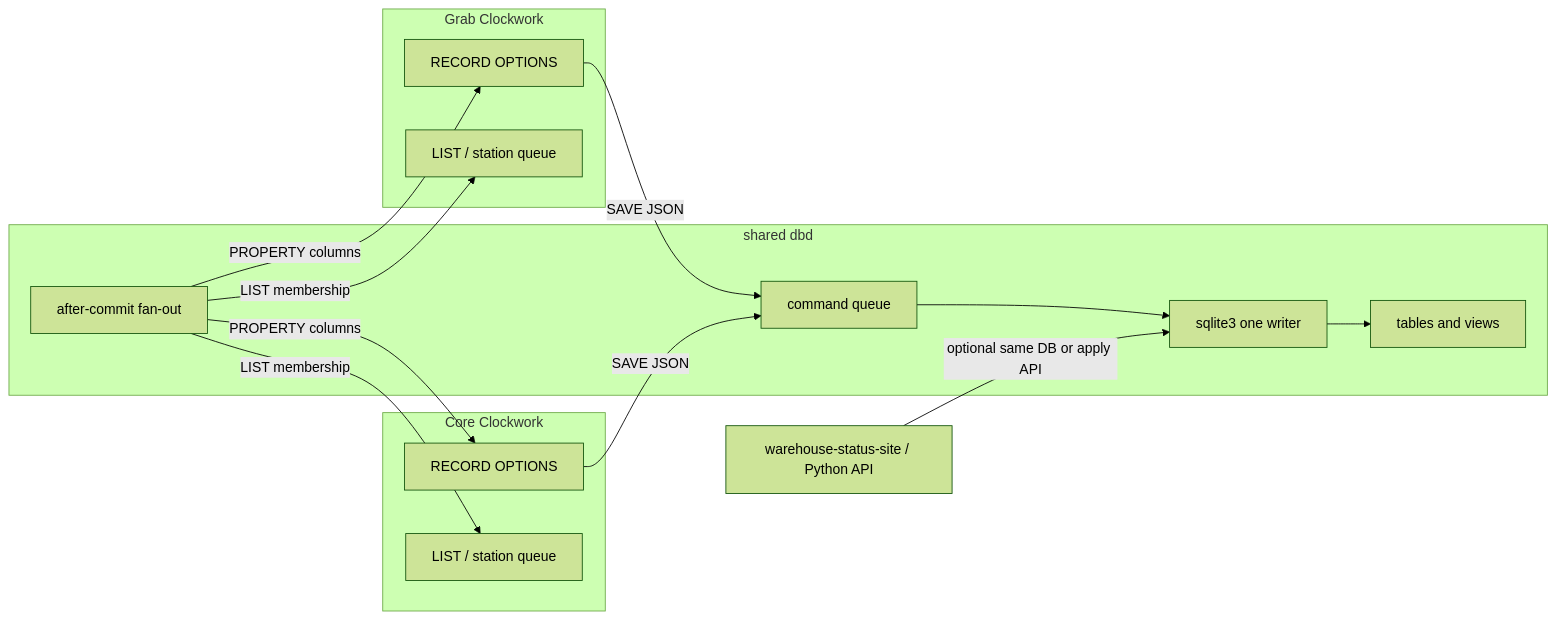
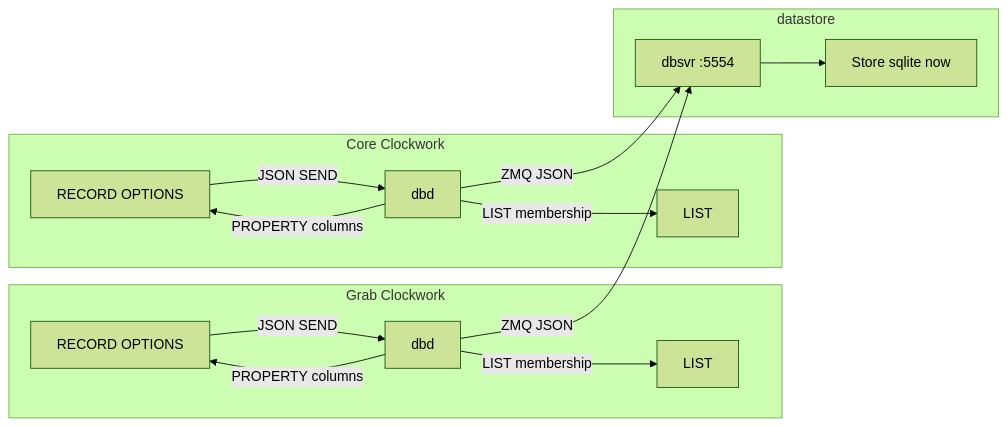
One commit to latproc/clockwork changed the diagram in docs/RECORD_DB.md. Above: the diagram before and after it, drawn with Mermaid (forest theme). The commit also changed other lines of this file, not shown here.

First line of the commit message:
Revise RECORD design: keep datastore, parser-only RECORD.

````diff
--- a/docs/RECORD_DB.md
+++ b/docs/RECORD_DB.md
@@ -109,26 +148,26 @@
 ```mermaid
 flowchart LR
   subgraph grab [Grab Clockwork]
     RecG[RECORD OPTIONS]
-    LstG[LIST / station queue]
+    LstG[LIST]
+    DbdG[dbd]
   end
   subgraph core [Core Clockwork]
     RecC[RECORD OPTIONS]
-    LstC[LIST / station queue]
+    LstC[LIST]
+    DbdC[dbd]
   end
-  subgraph dbd [shared dbd]
-    Q[command queue]
-    SQL[sqlite3 one writer]
-    Views[tables and views]
-    Hook[after-commit fan-out]
+  subgraph ds [datastore]
+    Dbsvr[dbsvr :5554]
+    Store[Store sqlite now]
   end
-  RecG -->|SAVE JSON| Q
-  RecC -->|SAVE JSON| Q
-  Q --> SQL
-  SQL --> Views
-  Hook -->|PROPERTY columns| RecG
-  Hook -->|PROPERTY columns| RecC
-  Hook -->|LIST membership| LstG
-  Hook -->|LIST membership| LstC
-  Site[warehouse-status-site / Python API] -->|optional same DB or apply API| SQL
+  RecG -->|JSON SEND| DbdG
+  RecC -->|JSON SEND| DbdC
+  DbdG -->|ZMQ JSON| Dbsvr
+  DbdC -->|ZMQ JSON| Dbsvr
+  Dbsvr --> Store
+  DbdG -->|PROPERTY columns| RecG
+  DbdC -->|PROPERTY columns| RecC
+  DbdG -->|LIST membership| LstG
+  DbdC -->|LIST membership| LstC
 ```
````
